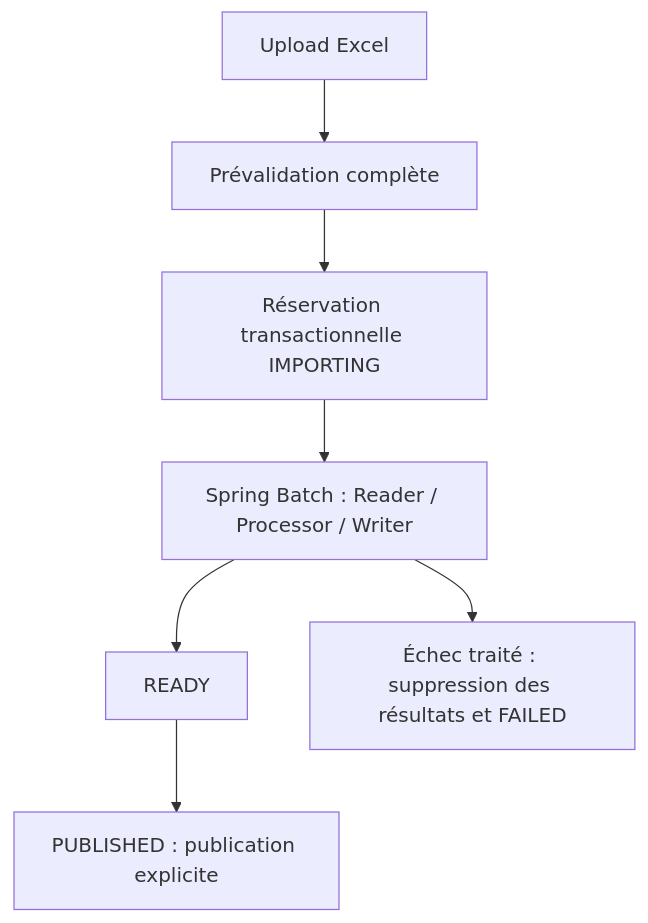
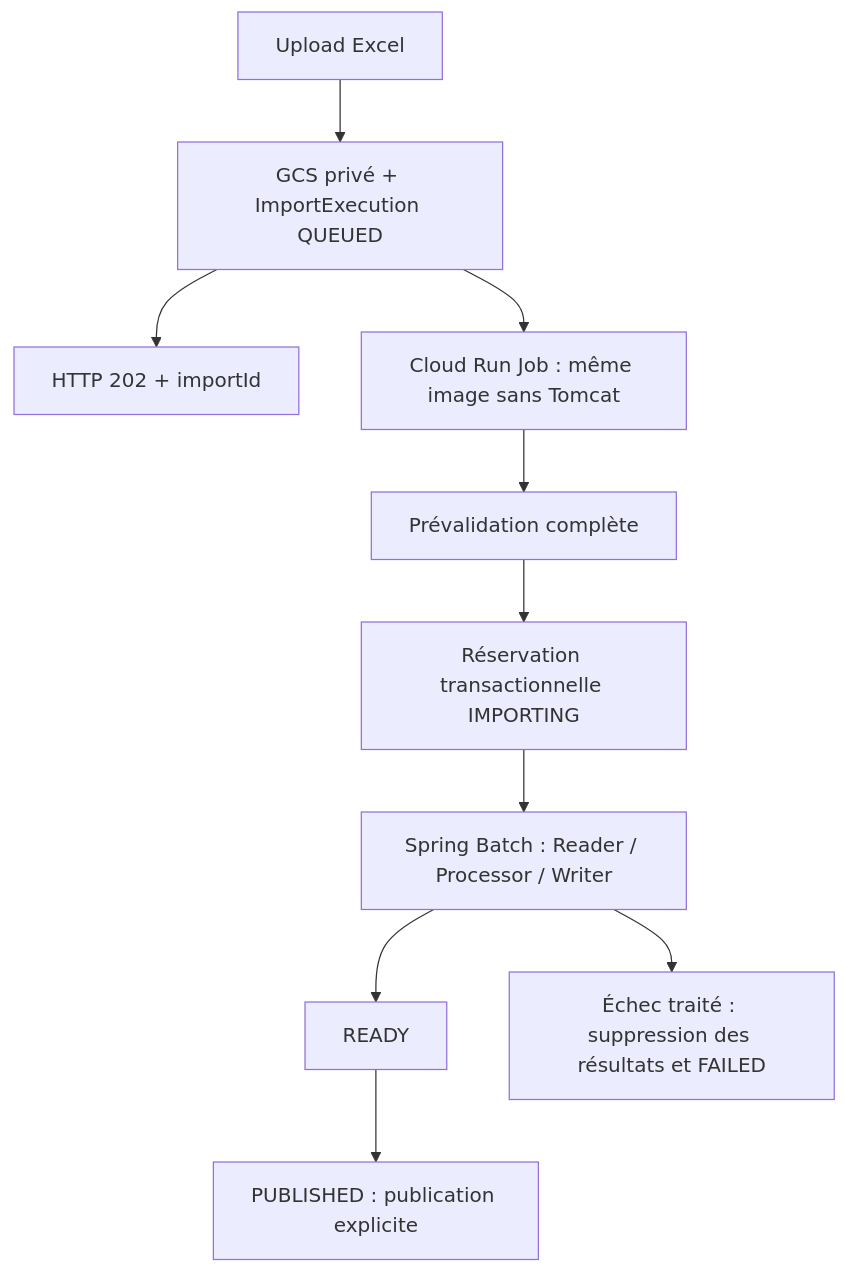
Before and after one commit to yabedmohamedval/natijati-mr-api: the second of 2 diagrams in README.md, drawn with Mermaid. The commit also changed other lines of this file and 41 other files, not shown here.

Commit message:
feat(import): add durable asynchronous import processing

````diff
--- a/README.md
+++ b/README.md
@@ -133,9 +135,12 @@
 ```mermaid
 flowchart TD
-    Excel[Upload Excel] --> Validation[Prévalidation complète]
+    Excel[Upload Excel] --> Durable[GCS privé + ImportExecution QUEUED]
+    Durable --> Accepted[HTTP 202 + importId]
+    Durable --> Worker[Cloud Run Job : même image sans Tomcat]
+    Worker --> Validation[Prévalidation complète]
     Validation --> Reservation[Réservation transactionnelle IMPORTING]
     Reservation --> Batch[Spring Batch : Reader / Processor / Writer]
     Batch --> Ready[READY]
     Ready --> Publication[PUBLISHED : publication explicite]
     Batch --> Failure[Échec traité : suppression des résultats et FAILED]
 ```
````
